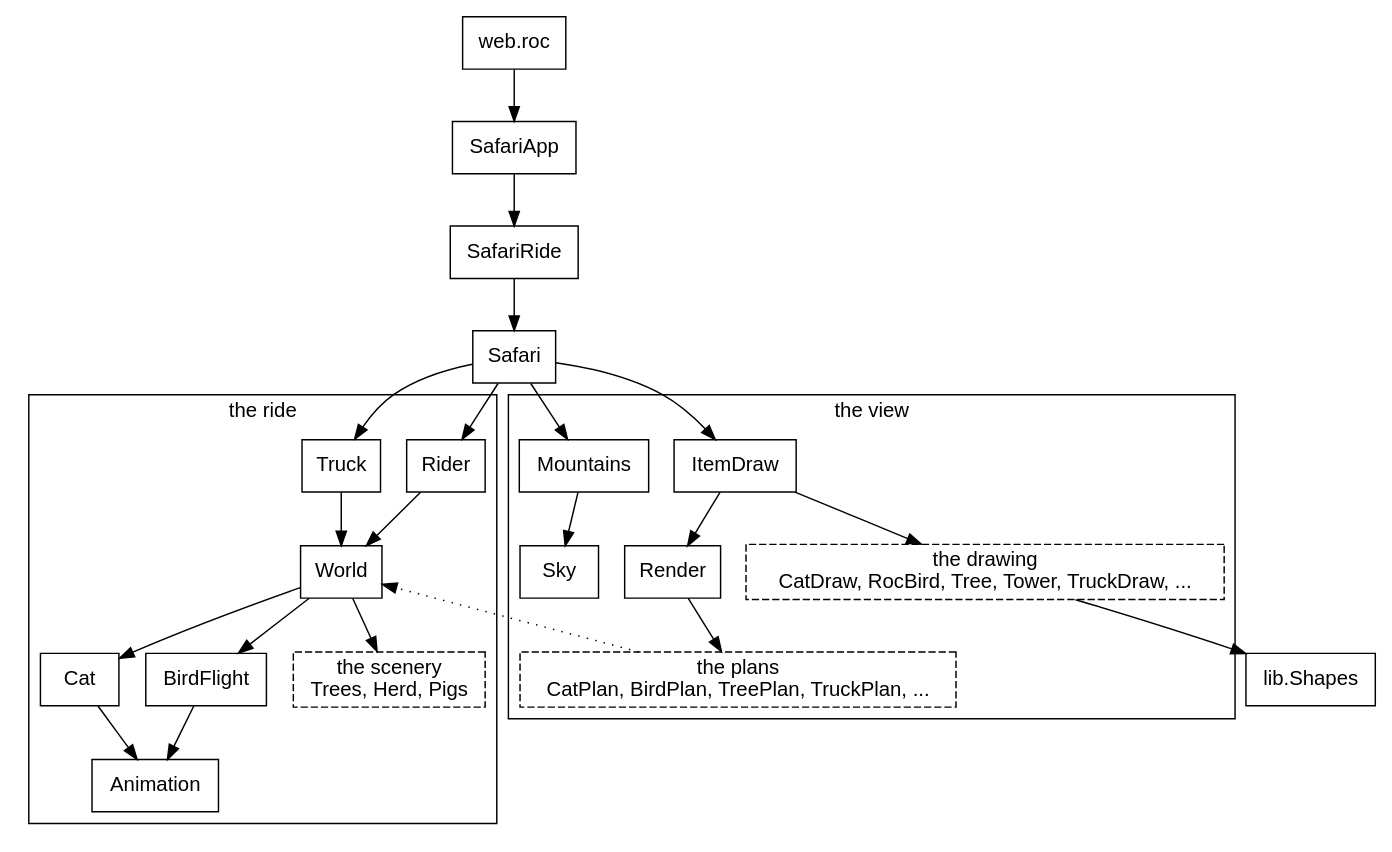
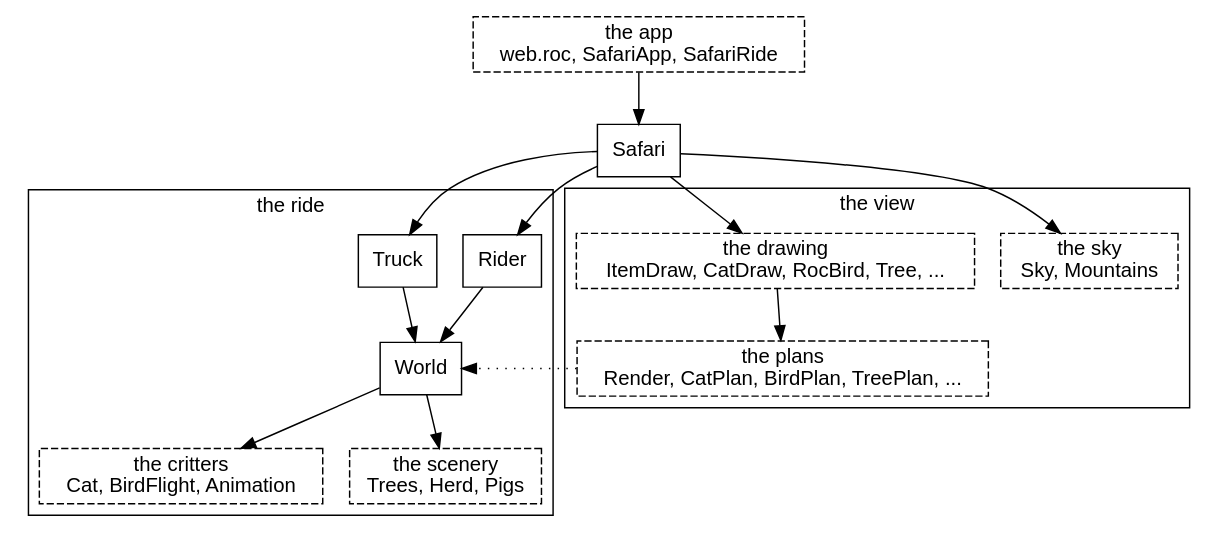
Before and after one commit to showell/roc-apps: the first of 6 diagrams in canvas_apps/safari/tutorial/tutorial.md, drawn with Graphviz.

Commit message:
safari tutorial: the system diagram in ten boxes

````diff
--- a/canvas_apps/safari/tutorial/tutorial.md
+++ b/canvas_apps/safari/tutorial/tutorial.md
@@ -13,39 +13,30 @@
 ```dot
 digraph system {
   node [shape=box, fontname="Helvetica"];
   fontname="Helvetica";
-  web [label="web.roc"];
-  web -> SafariApp;
-  SafariApp -> SafariRide;
-  SafariRide -> Safari;
+  app [label="the app\nweb.roc, SafariApp, SafariRide", style=dashed];
   subgraph cluster_ride {
     label="the ride";
-    Rider; Truck; World; Cat; BirdFlight; Animation;
+    Rider; Truck; World;
+    critters [label="the critters\nCat, BirdFlight, Animation", style=dashed];
     scenery [label="the scenery\nTrees, Herd, Pigs", style=dashed];
   }
   subgraph cluster_view {
     label="the view";
-    Render; ItemDraw; Sky; Mountains;
-    plans [label="the plans\nCatPlan, BirdPlan, TreePlan, TruckPlan, ...", style=dashed];
-    drawing [label="the drawing\nCatDraw, RocBird, Tree, Tower, TruckDraw, ...", style=dashed];
+    sky [label="the sky\nSky, Mountains", style=dashed];
+    drawing [label="the drawing\nItemDraw, CatDraw, RocBird, Tree, ...", style=dashed];
+    plans [label="the plans\nRender, CatPlan, BirdPlan, TreePlan, ...", style=dashed];
   }
-  shapes [label="lib.Shapes"];
+  app -> Safari;
   Safari -> Rider;
   Safari -> Truck;
   Rider -> World;
   Truck -> World;
+  World -> critters;
   World -> scenery;
-  World -> Cat;
-  World -> BirdFlight;
-  Cat -> Animation;
-  BirdFlight -> Animation;
-  Safari -> ItemDraw;
-  Safari -> Mountains;
-  ItemDraw -> Render;
-  ItemDraw -> drawing;
-  Render -> plans;
-  Mountains -> Sky;
-  drawing -> shapes;
+  Safari -> sky;
+  Safari -> drawing;
+  drawing -> plans;
   plans -> World [style=dotted, constraint=false];
 }
 ```
````
